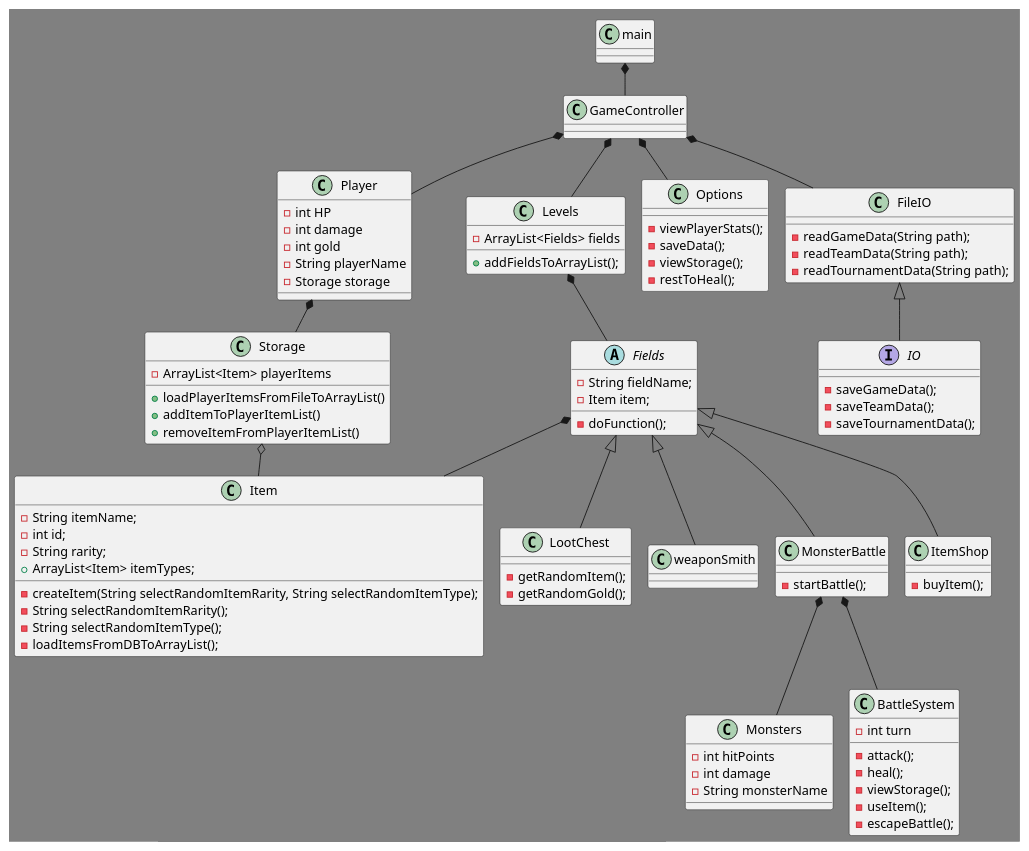
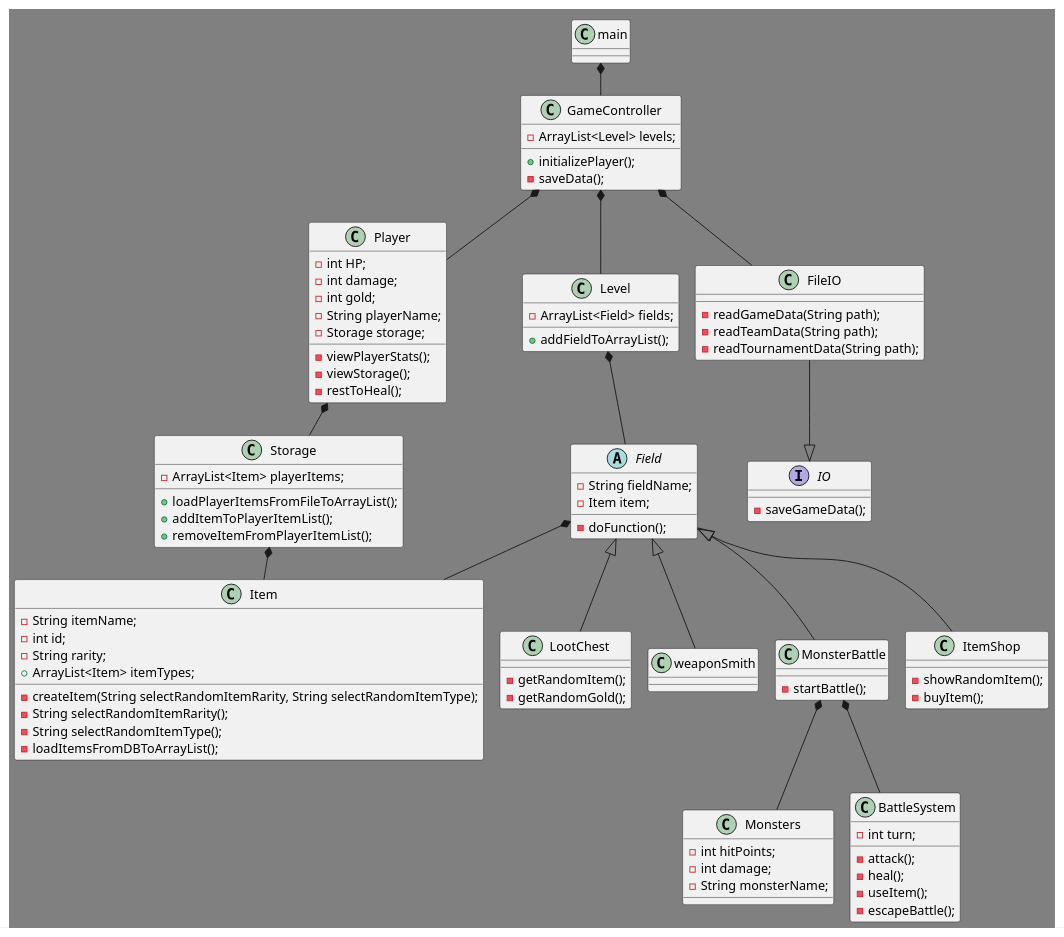
One commit to AbdullahMarwan/CPH-IceProject-DungeonCrawler changed the diagram in src/resources/uml-diagrams/Class Diagram.puml. Above: the diagram before and after it, drawn with PlantUML. The commit also changed 2 other files, not shown here.

```diff
--- a/src/resources/uml-diagrams/Class Diagram.puml
+++ b/src/resources/uml-diagrams/Class Diagram.puml
@@ -1,133 +1,127 @@
 @startuml
 'https://plantuml.com/class-diagram
 
 !pragma layout smetana
 
 
 skinparam backgroundColor gray
 
 class main {
 }
 
 class Player {
-    - int HP
-    - int damage
-    - int gold
-    - String playerName
-    - Storage storage
+    - int HP;
+    - int damage;
+    - int gold;
+    - String playerName;
+    - Storage storage;
+
+    - viewPlayerStats();
+    - viewStorage();
+    - restToHeal();
 }
 
 class Monsters {
-    - int hitPoints
-    - int damage
-    - String monsterName
+    - int hitPoints;
+    - int damage;
+    - String monsterName;
 }
 
 class BattleSystem {
-    - int turn
+    - int turn;
 
     - attack();
     - heal();
-    - viewStorage();
     - useItem();
     - escapeBattle();
 }
 
 class GameController{
+    - ArrayList<Level> levels;
+    + initializePlayer();
+    - saveData();
 
 }
 
 class Storage {
-    - ArrayList<Item> playerItems
+    - ArrayList<Item> playerItems;
 
-    + loadPlayerItemsFromFileToArrayList()
-    + addItemToPlayerItemList()
-    + removeItemFromPlayerItemList()
+    + loadPlayerItemsFromFileToArrayList();
+    + addItemToPlayerItemList();
+    + removeItemFromPlayerItemList();
 }
 
-class Levels {
-    - ArrayList<Fields> fields
+class Level {
+    - ArrayList<Field> fields;
 
-    + addFieldsToArrayList();
+    + addFieldToArrayList();
 }
 
 class Item {
     - String itemName;
     - int id;
     - String rarity;
     + ArrayList<Item> itemTypes;
 
     - createItem(String selectRandomItemRarity, String selectRandomItemType);
     - String selectRandomItemRarity();
     - String selectRandomItemType();
     - loadItemsFromDBToArrayList();
 }
 
 class LootChest {
     - getRandomItem();
     - getRandomGold();
 }
 
-abstract class Fields {
+abstract class Field {
     - String fieldName;
     - Item item;
 
     - doFunction();
 }
 
 class weaponSmith{
 }
 
 class MonsterBattle {
 
     - startBattle();
 }
 
 class ItemShop {
-
-
+    - showRandomItem();
     - buyItem();
-}
-
-class Options {
-
-    - viewPlayerStats();
-    - saveData();
-    - viewStorage();
-    - restToHeal();
 }
 
 interface IO {
     - saveGameData();
-    - saveTeamData();
-    - saveTournamentData();
 
 }
 
 class FileIO {
     - readGameData(String path);
     - readTeamData(String path);
     - readTournamentData(String path);
 }
 
 main *-- GameController
 GameController *-- Player
-GameController *-- Levels
-GameController *-- Options
+GameController *-- Level
 Player *-- Storage
-Storage o-- Item
-Levels *-- Fields
-Fields <|-- ItemShop
-Fields <|-- LootChest
-Fields <|-- weaponSmith
-Fields <|-- MonsterBattle
+Storage *-- Item
+Level *-- Field
+Field <|-- ItemShop
+Field <|-- LootChest
+Field <|-- weaponSmith
+Field <|-- MonsterBattle
 GameController *-- FileIO
 MonsterBattle *-- Monsters
 MonsterBattle *-- BattleSystem
 
-FileIO <|-- IO
+FileIO --|> IO
 'Spørg om pilen fra IO vender rigtigt'
 
-Fields *-- Item
+Field *-- Item
 
 @enduml
```
